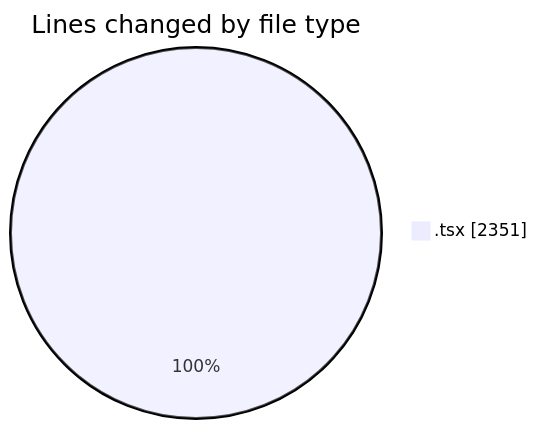
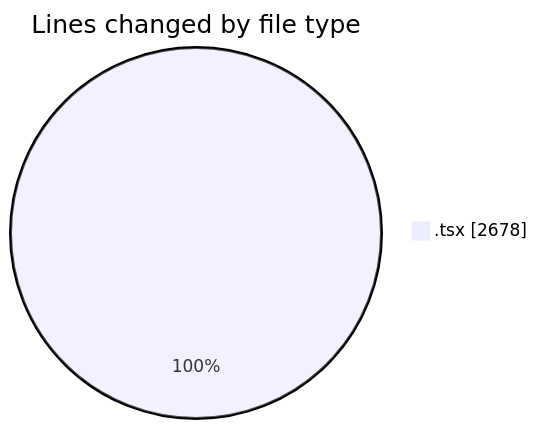
The first of 2 diagrams in 2026-07-16/nxtqube_webapp/README.md (nxtqubesakshisongat/code-tracking), drawn with Mermaid before and after one commit. The commit also changed other lines of this file and 1 other file, not shown here.

````diff
--- a/2026-07-16/nxtqube_webapp/README.md
+++ b/2026-07-16/nxtqube_webapp/README.md
@@ -23,5 +24,5 @@
 ```mermaid
 pie showData
 title Lines changed by file type
-".tsx" : 2351
+".tsx" : 2678
 ```
````
